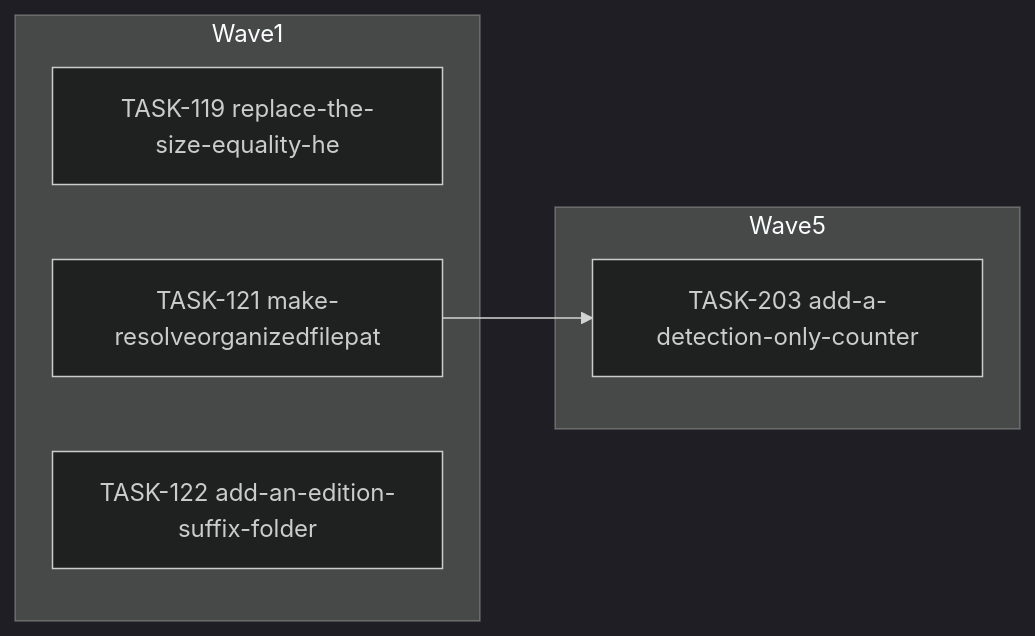
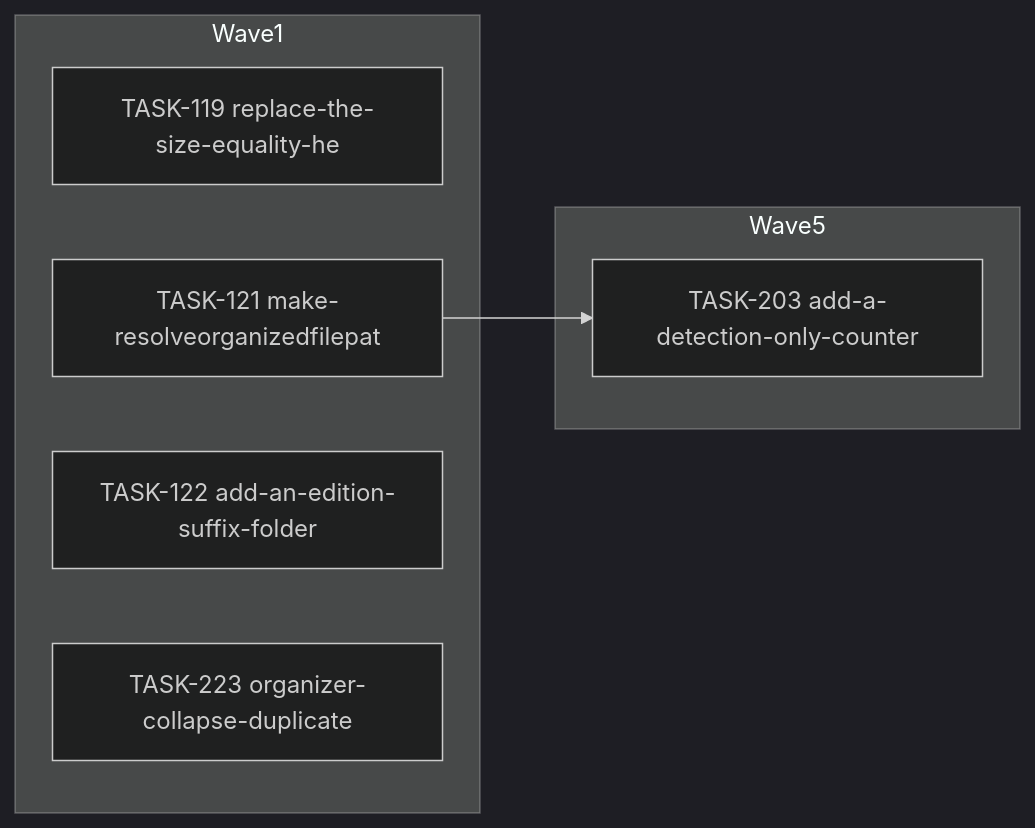
Before and after one commit to falkcorp/audiobook-organizer: the diagram in docs/agent-tasks/todo-completion/organize/orchestration.md, drawn with Mermaid (dark theme). The commit also changed other lines of this file and 252 other files, not shown here.

````diff
--- a/docs/agent-tasks/todo-completion/organize/orchestration.md
+++ b/docs/agent-tasks/todo-completion/organize/orchestration.md
@@ -12,12 +12,13 @@
 ```mermaid
 flowchart LR
     subgraph Wave1
       TASK119[TASK-119 replace-the-size-equality-he]
       TASK121[TASK-121 make-resolveorganizedfilepat]
       TASK122[TASK-122 add-an-edition-suffix-folder]
+      TASK223[TASK-223 organizer-collapse-duplicate]
     end
     subgraph Wave5
       TASK203[TASK-203 add-a-detection-only-counter]
     end
     TASK121 --> TASK203
 ```
````
